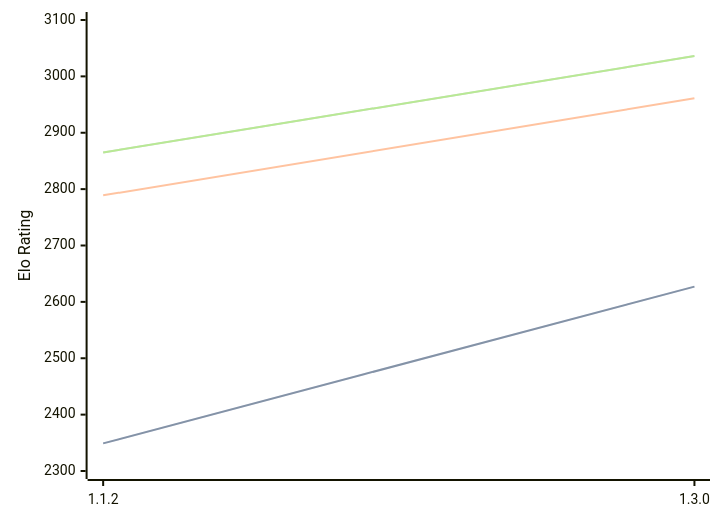
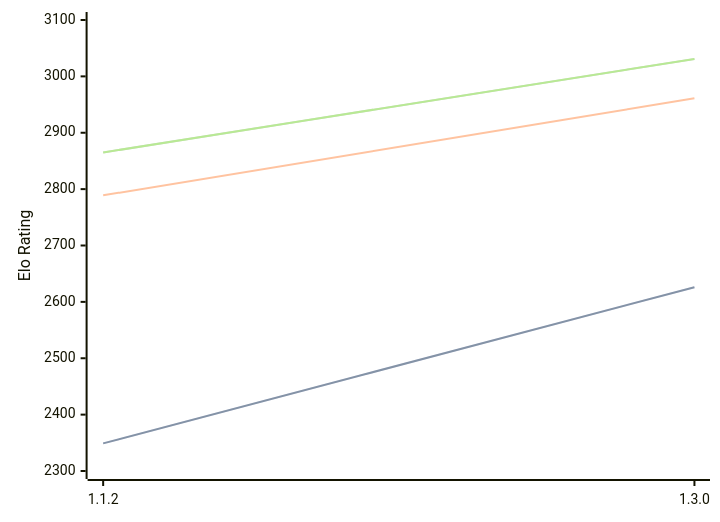
The diagram in engines/Ember.md (computer-chess-index/cci), drawn with Mermaid before and after one commit. The commit also changed other lines of this file, not shown here.

Commit message:
Update CCI Ratings (ELO VLTC) - 2026-09-06

````diff
--- a/engines/Ember.md
+++ b/engines/Ember.md
@@ -41,11 +41,11 @@
 ```mermaid
 %%{init: {"theme":"base","themeVariables":{"seriesColors:['#a3a3a3','#222221','#faa371']}}}%%
 xychart-beta
   x-axis ["1.1.2", "1.3.0"]
   y-axis "Elo Rating" 2300 --> 3100
-  line "" [2349, 2627]
-  line "STC (8.0+0.08s)" [2349, 2627]
+  line "" [2349, 2626]
+  line "STC (8.0+0.08s)" [2349, 2626]
   line "LTC (60.0+0.60s)" [2789, 2961]
-  line "" [2865, 3036]
-  line "VLTC (2m24s+1.12s)" [2865, 3036]
+  line "" [2865, 3031]
+  line "VLTC (2m24s+1.12s)" [2865, 3031]
 ```
````
